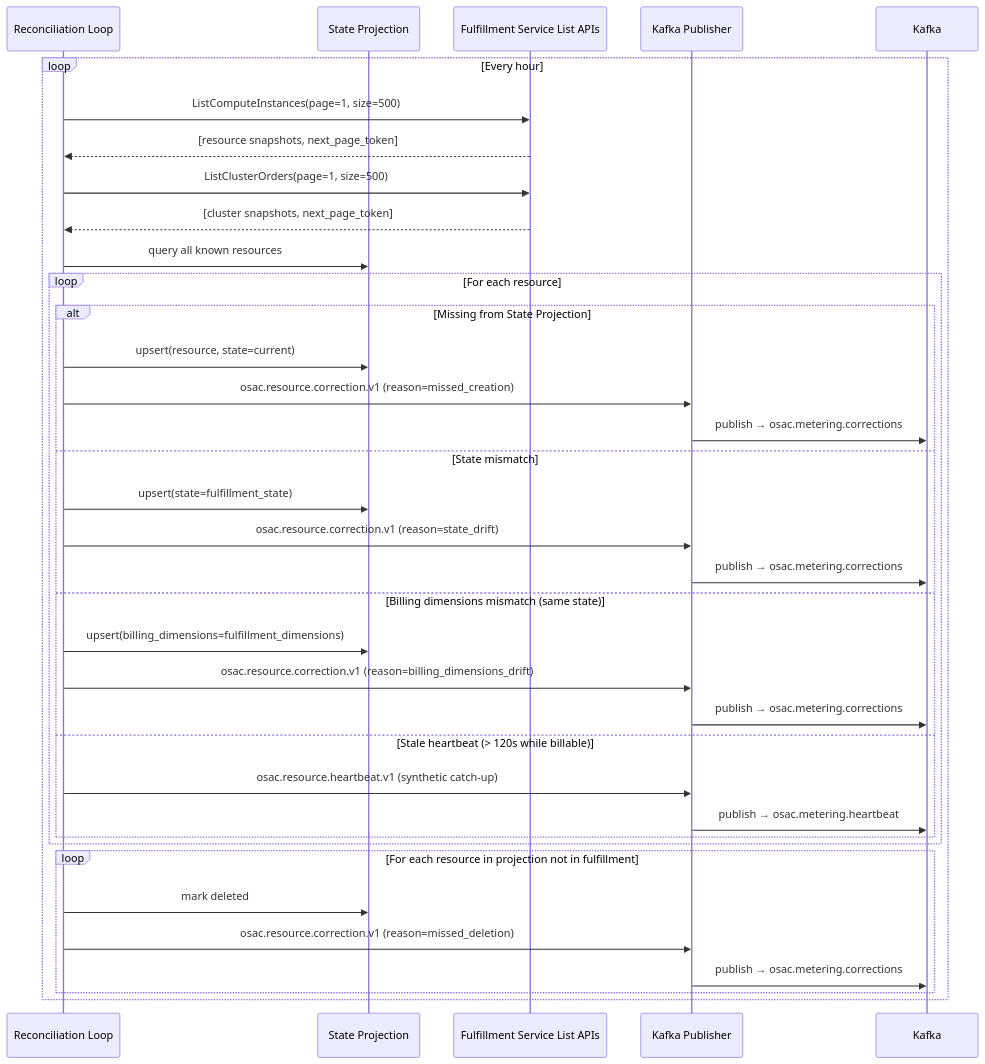
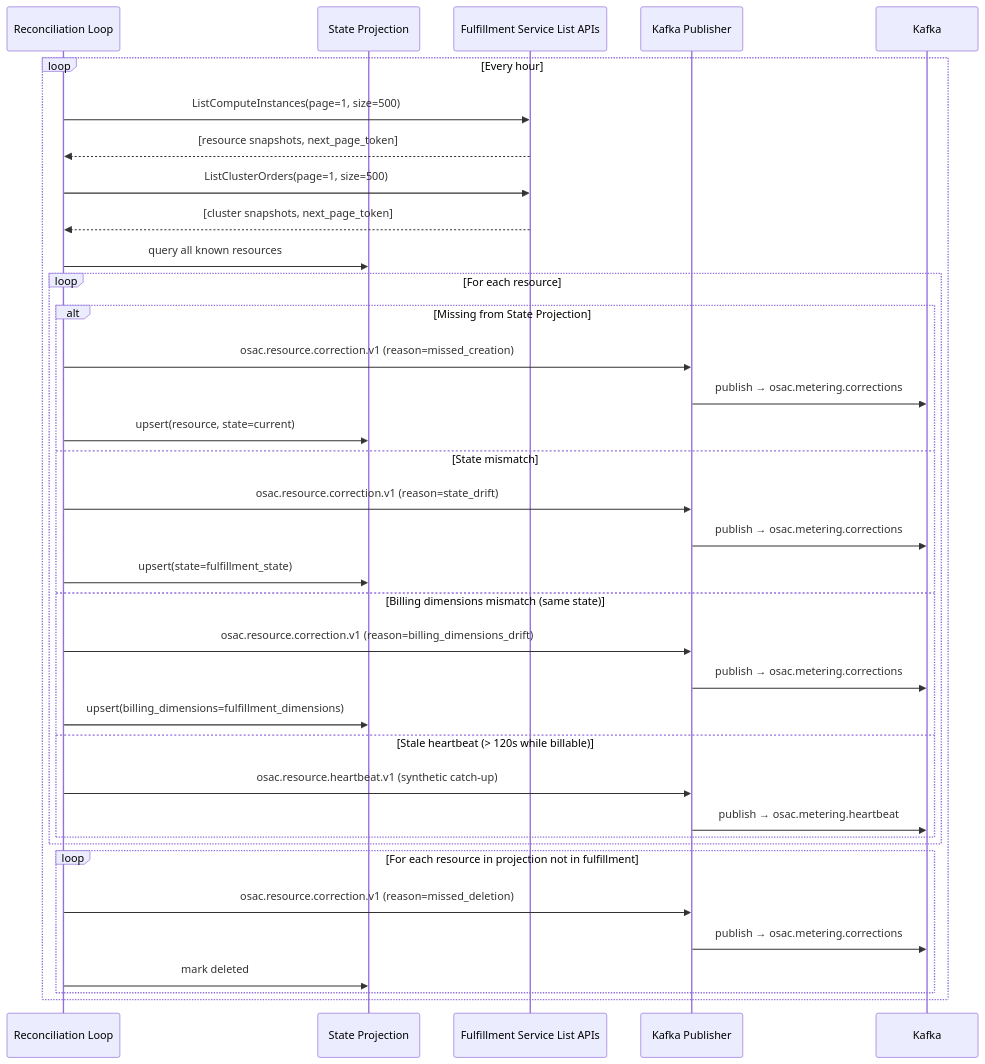
Before and after one commit to osac-project/enhancement-proposals: the fifth of 7 diagrams in enhancements/OSAC-985-metering-and-usage-tracking/design.md, drawn with Mermaid. The commit also changed other lines of this file, not shown here.

````diff
--- a/enhancements/OSAC-985-metering-and-usage-tracking/design.md
+++ b/enhancements/OSAC-985-metering-and-usage-tracking/design.md
@@ -210,41 +210,41 @@
 ```mermaid
 sequenceDiagram
     participant RL as Reconciliation Loop
     participant SP as State Projection
     participant FS as Fulfillment Service List APIs
     participant KP as Kafka Publisher
     participant K as Kafka
 
     loop Every hour
         RL->>FS: ListComputeInstances(page=1, size=500)
         FS-->>RL: [resource snapshots, next_page_token]
         RL->>FS: ListClusterOrders(page=1, size=500)
         FS-->>RL: [cluster snapshots, next_page_token]
         RL->>SP: query all known resources
 
         loop For each resource
             alt Missing from State Projection
-                RL->>SP: upsert(resource, state=current)
                 RL->>KP: osac.resource.correction.v1 (reason=missed_creation)
                 KP->>K: publish → osac.metering.corrections
+                RL->>SP: upsert(resource, state=current)
             else State mismatch
-                RL->>SP: upsert(state=fulfillment_state)
                 RL->>KP: osac.resource.correction.v1 (reason=state_drift)
                 KP->>K: publish → osac.metering.corrections
+                RL->>SP: upsert(state=fulfillment_state)
             else Billing dimensions mismatch (same state)
-                RL->>SP: upsert(billing_dimensions=fulfillment_dimensions)
                 RL->>KP: osac.resource.correction.v1 (reason=billing_dimensions_drift)
                 KP->>K: publish → osac.metering.corrections
+                RL->>SP: upsert(billing_dimensions=fulfillment_dimensions)
             else Stale heartbeat (> 120s while billable)
                 RL->>KP: osac.resource.heartbeat.v1 (synthetic catch-up)
                 KP->>K: publish → osac.metering.heartbeat
             end
         end
 
         loop For each resource in projection not in fulfillment
-            RL->>SP: mark deleted
             RL->>KP: osac.resource.correction.v1 (reason=missed_deletion)
             KP->>K: publish → osac.metering.corrections
+            RL->>SP: mark deleted
         end
     end
 ```
````
